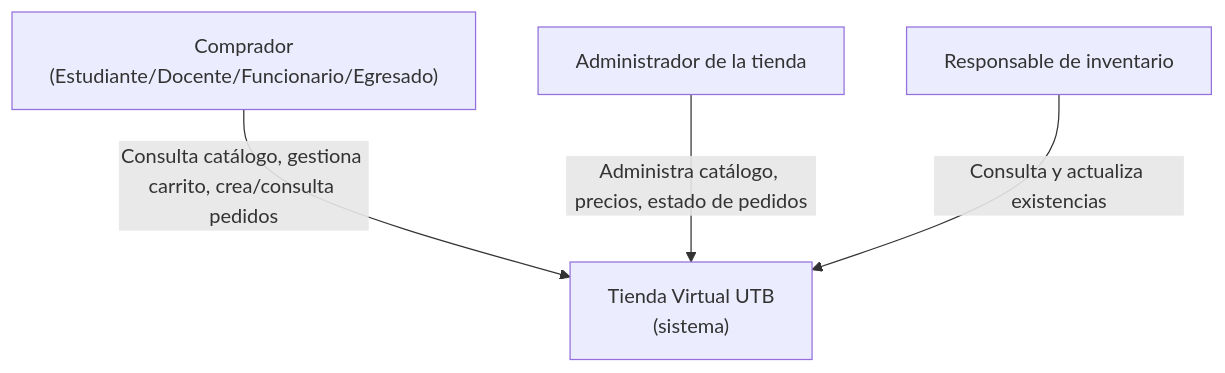
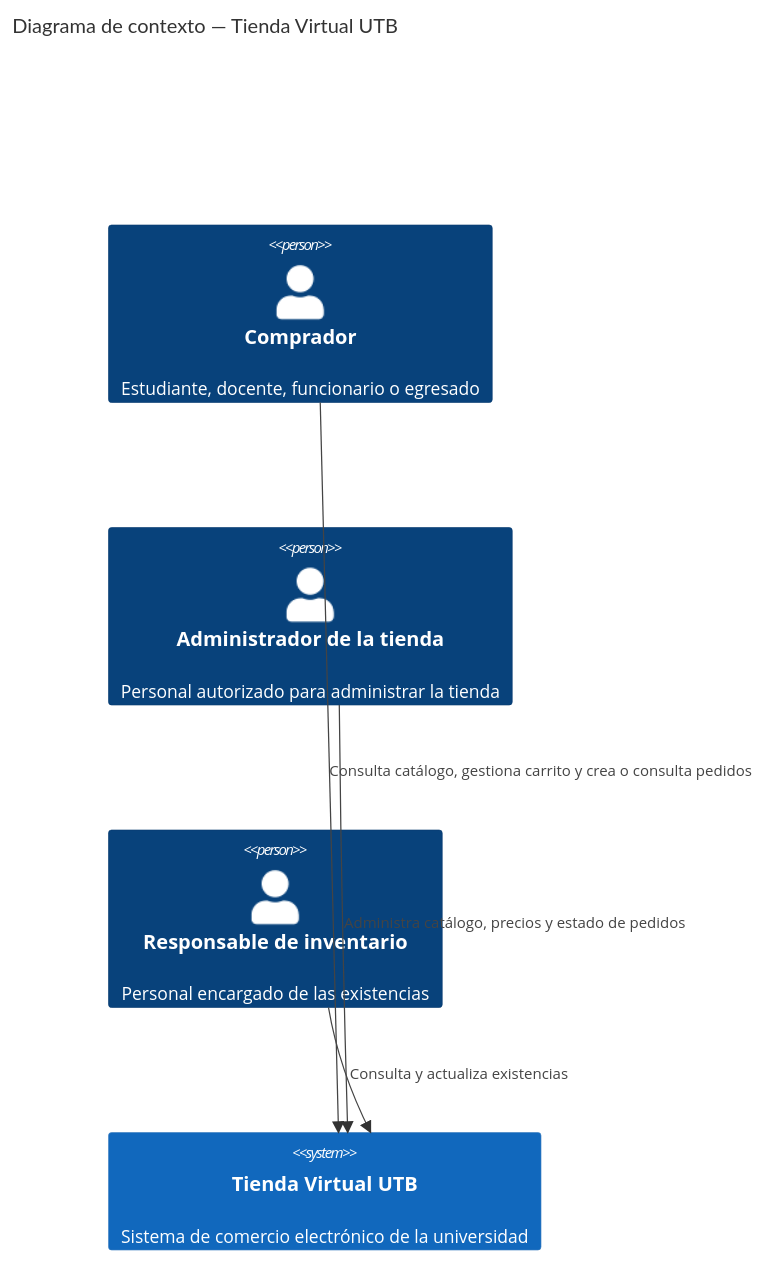
The diagram in docs/c4/context.md (ISCOUTB/AS_202620_TIENDA-VIRTUAL-UTB), drawn with Mermaid before and after one commit.

Commit message:
Se actualiza el diagrama c4

````diff
--- a/docs/c4/context.md
+++ b/docs/c4/context.md
@@ -9,11 +9,14 @@
 ```mermaid
-flowchart TD
-    Comprador["Comprador<br/>(Estudiante/Docente/Funcionario/Egresado)"]
-    Admin["Administrador de la tienda"]
-    Inventario["Responsable de inventario"]
-    Sistema["Tienda Virtual UTB<br/>(sistema)"]
+C4Context
+    title Diagrama de contexto — Tienda Virtual UTB
 
-    Comprador -->|"Consulta catálogo, gestiona carrito, crea/consulta pedidos"| Sistema
-    Admin -->|"Administra catálogo, precios, estado de pedidos"| Sistema
-    Inventario -->|"Consulta y actualiza existencias"| Sistema
+    Person(comprador, "Comprador", "Estudiante, docente, funcionario o egresado")
+    Person(admin, "Administrador de la tienda", "Personal autorizado para administrar la tienda")
+    Person(inventario, "Responsable de inventario", "Personal encargado de las existencias")
+
+    System(sistema, "Tienda Virtual UTB", "Sistema de comercio electrónico de la universidad")
+
+    Rel(comprador, sistema, "Consulta catálogo, gestiona carrito y crea o consulta pedidos")
+    Rel(admin, sistema, "Administra catálogo, precios y estado de pedidos")
+    Rel(inventario, sistema, "Consulta y actualiza existencias")
 ```
````
